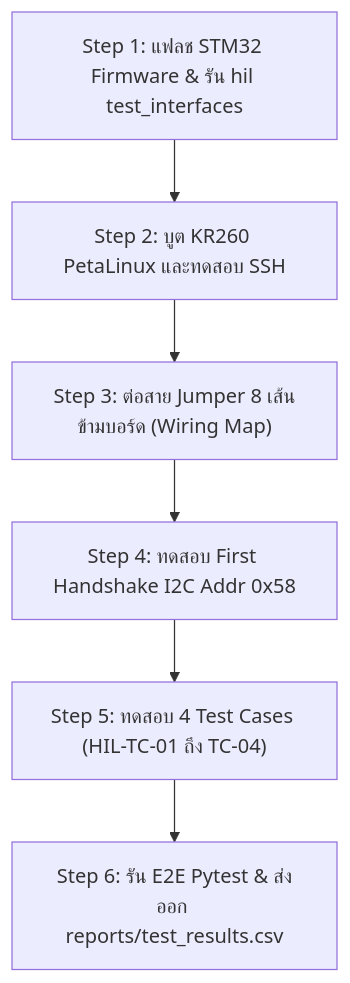
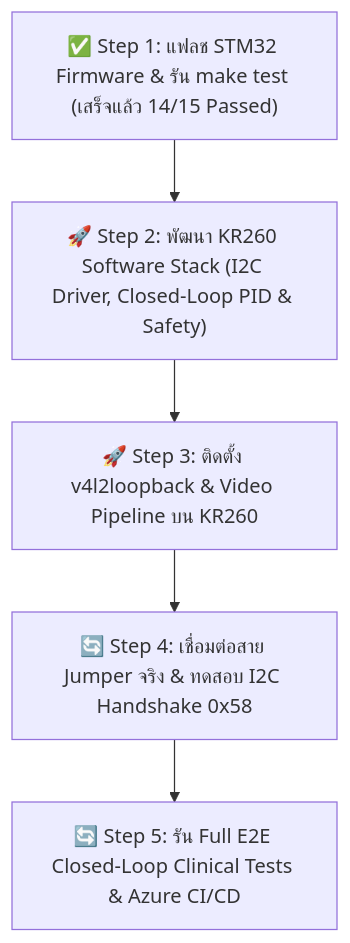
One commit to riwrivvriw/kria260-stm32-hil-cicd changed the diagram in PROJECT_PLAN.md. Above: the diagram before and after it, drawn with Mermaid. The commit also changed other lines of this file, not shown here.

````diff
--- a/PROJECT_PLAN.md
+++ b/PROJECT_PLAN.md
@@ -132,11 +112,10 @@
 ```mermaid
 flowchart TD
-    T1["Step 1: แฟลช STM32 Firmware & รัน hil test_interfaces"]
-    T2["Step 2: บูต KR260 PetaLinux และทดสอบ SSH"]
-    T3["Step 3: ต่อสาย Jumper 8 เส้นข้ามบอร์ด (Wiring Map)"]
-    T4["Step 4: ทดสอบ First Handshake I2C Addr 0x58"]
-    T5["Step 5: ทดสอบ 4 Test Cases (HIL-TC-01 ถึง TC-04)"]
-    T6["Step 6: รัน E2E Pytest & ส่งออก reports/test_results.csv"]
+    T1["✅ Step 1: แฟลช STM32 Firmware & รัน make test (เสร็จแล้ว 14/15 Passed)"]
+    T2["🚀 Step 2: พัฒนา KR260 Software Stack (I2C Driver, Closed-Loop PID & Safety)"]
+    T3["🚀 Step 3: ติดตั้ง v4l2loopback & Video Pipeline บน KR260"]
+    T4["🔄 Step 4: เชื่อมต่อสาย Jumper จริง & ทดสอบ I2C Handshake 0x58"]
+    T5["🔄 Step 5: รัน Full E2E Closed-Loop Clinical Tests & Azure CI/CD"]
 
-    T1 --> T2 --> T3 --> T4 --> T5 --> T6
+    T1 --> T2 --> T3 --> T4 --> T5
 ```
````
